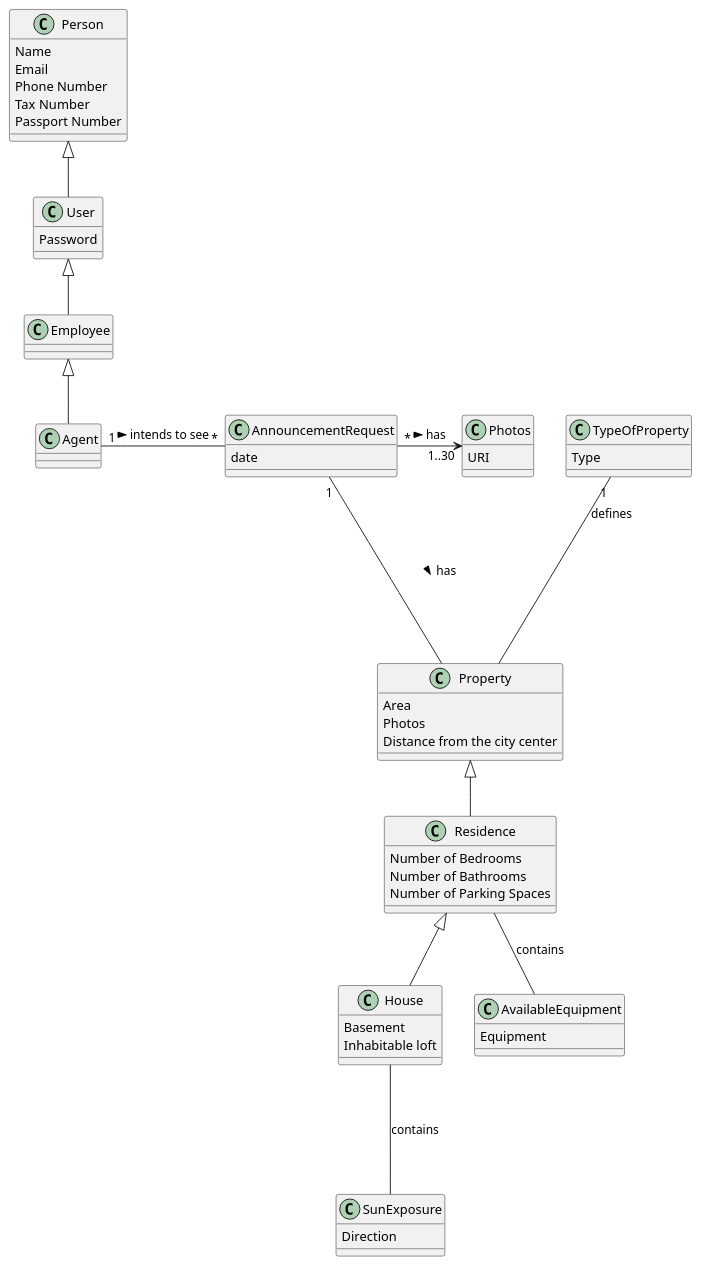
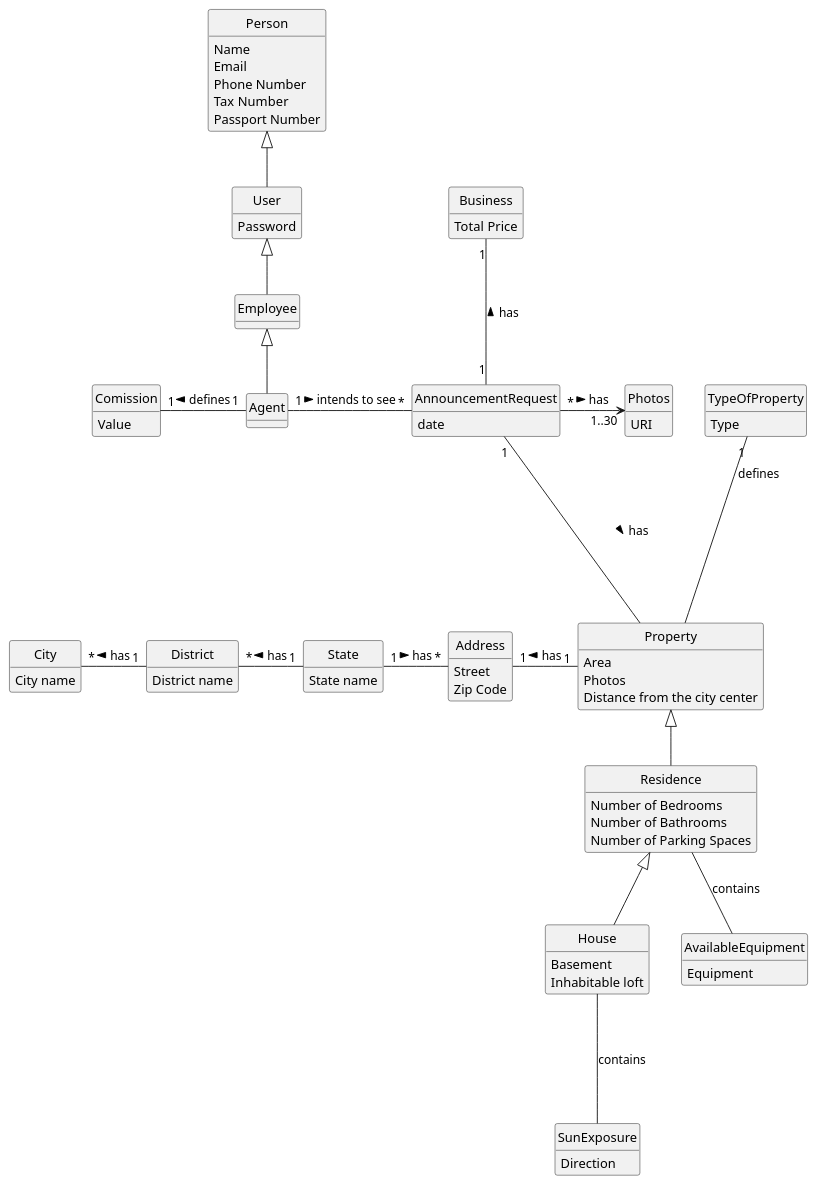
Before and after one commit to PureNimble/ISEP-LAPR2: the diagram in docs/sprintC/US08/02.analysis/puml/us08-domain-model.puml, drawn with PlantUML. The commit also changed 14 other files, not shown here.

First line of the commit message:
US08- Adding the PublishAnnouncementUI without code Adding PublishedAnnouncementRequestController And adding a template for the class diagram puml Updating Domain Model and SD puml

```diff
--- a/docs/sprintC/US08/02.analysis/puml/us08-domain-model.puml
+++ b/docs/sprintC/US08/02.analysis/puml/us08-domain-model.puml
@@ -1,78 +1,118 @@
 @startuml
+
+skinparam groupInheritance 2
+skinparam monochrome true
+skinparam packageStyle rectangle
+skinparam shadowing false
+skinparam classAttributeIconSize 0
+hide circle
+hide methods
 
 class Employee{
 }
 
 class Person{
 Name
 Email
 Phone Number
 Tax Number
 Passport Number
 }
 
 
 class User{
 Password
 }
 
 class Agent{
 }
 
 class AnnouncementRequest{
 date
 }
 
 
 class Residence {
     Number of Bedrooms
     Number of Bathrooms
     Number of Parking Spaces
 }
 
 class Property {
     Area
     Photos
     Distance from the city center
 }
 
 class TypeOfProperty{
     Type
 }
 
 class Photos {
     URI
 }
 
 class House {
     Basement
     Inhabitable loft
 }
 
 class SunExposure {
     Direction
 }
 
 class AvailableEquipment {
     Equipment
 }
 
+class City {
+    City name
+}
 
+class District {
+    District name
+}
+
+class State {
+    State name
+}
+
+class Address {
+    Street
+    Zip Code
+}
+
+class Business {
+    Total Price
+}
+
+class Comission {
+    Value
+}
 
 
 
 Person <|-- User
 User <|-- Employee
 Employee <|--Agent
 
 Agent "1" - "*" AnnouncementRequest:intends to see >
 
 AnnouncementRequest "1" -- Property: has >
 TypeOfProperty "1" -- Property:defines\n\n\n\n\n\n\n
 Property <|-- Residence
 Residence <|-- House
 AnnouncementRequest "*" -> "1..30" Photos: has >
 Residence -- AvailableEquipment : contains
 House --- SunExposure:contains
 
+Address "1" -right-- "1" Property: has <
+State "1" -left-- "*" District: has >
+District "1" -left-- "*" City: has >
+Address "*" -left-- "1" State: has <
+
+Business "1" --- "1" AnnouncementRequest: has <
+
+Agent "1" -left "1" Comission: defines >
+
 @enduml
```
